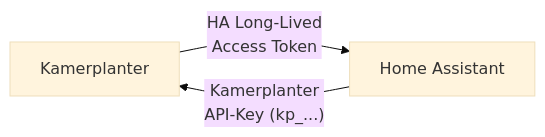
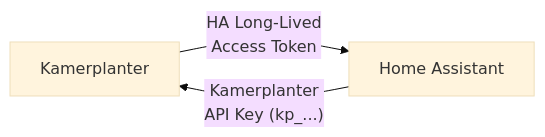
The second of 3 diagrams in docs/de/guides/home-assistant-integration.md (nolte/kamerplanter), drawn with Mermaid (base theme) before and after one commit. The commit also changed other lines of this file and 44 other files, not shown here.

First line of the commit message:
docs: make all Mermaid diagrams spec-compliant (repo-wide sweep)

````diff
--- a/docs/de/guides/home-assistant-integration.md
+++ b/docs/de/guides/home-assistant-integration.md
@@ -53,5 +55,5 @@
 ```mermaid
 flowchart LR
-    KP["Kamerplanter"] -- "HA Long-Lived\nAccess Token" --> HA["Home Assistant"]
-    HA -- "Kamerplanter\nAPI-Key (kp_...)" --> KP
+    KP["Kamerplanter"] -- "HA Long-Lived<br/>Access Token" --> HA["Home Assistant"]
+    HA -- "Kamerplanter<br/>API Key (kp_...)" --> KP
 ```
````
